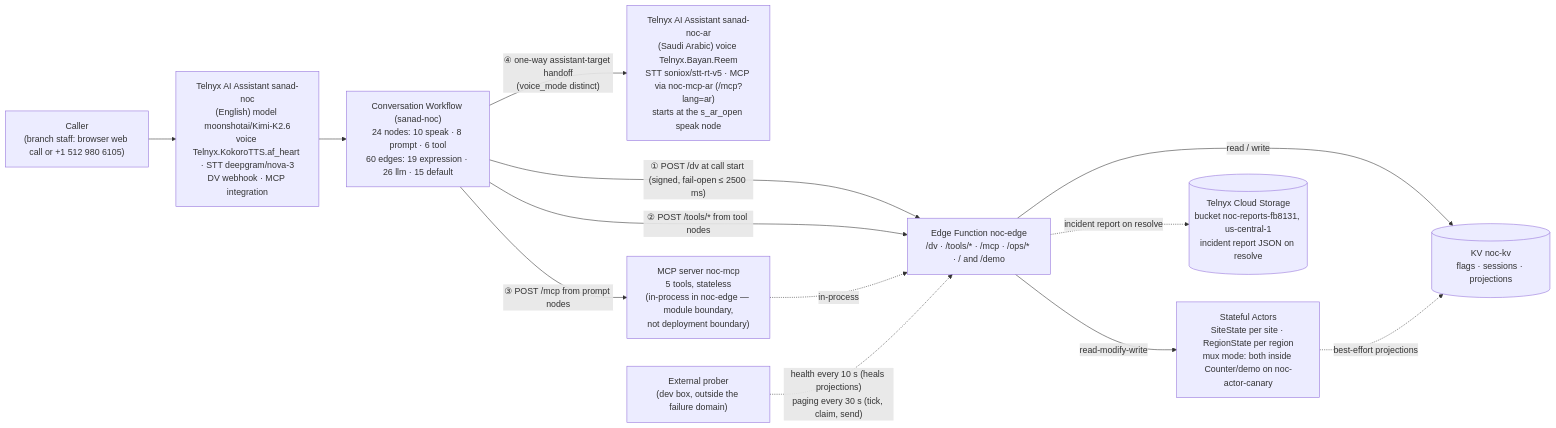
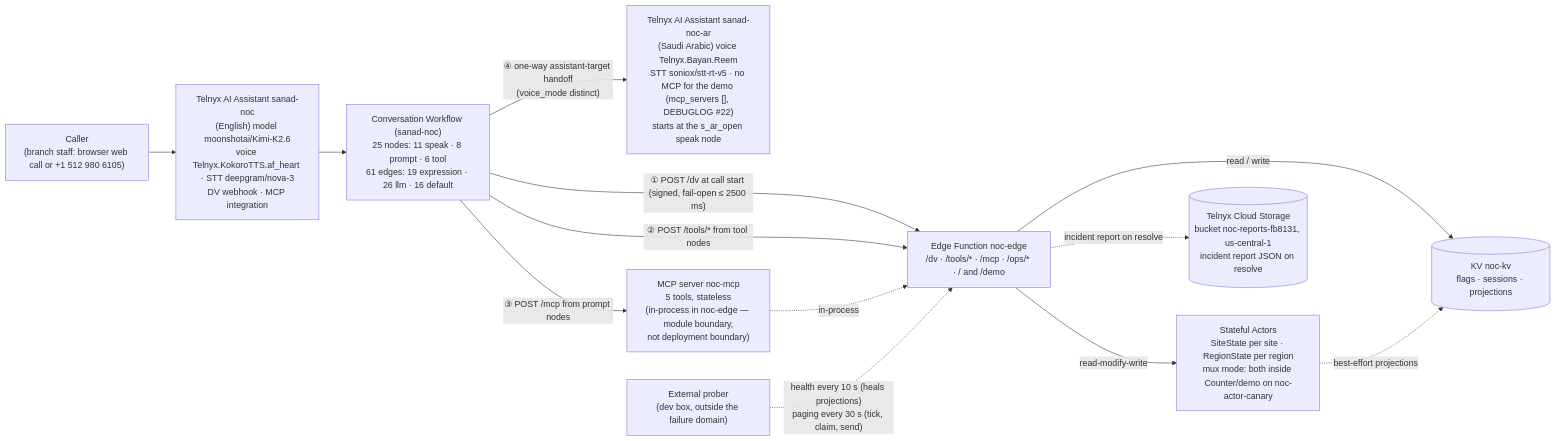
The diagram in docs/architecture.md (ifahad/noc-front-door), drawn with Mermaid before and after one commit. The commit also changed other lines of this file and 6 other files, not shown here.

Commit message:
docs: 2026-10-01 — per-entity revert, Arabic voice path (MCP A/B, bridge, digits resolver, handoff variance), direct Arabic entry

````diff
--- a/docs/architecture.md
+++ b/docs/architecture.md
@@ -7,26 +7,26 @@
 ```mermaid
 flowchart LR
   caller["Caller<br/>(branch staff: browser web call or +1 512 980 6105)"]
   asst["Telnyx AI Assistant sanad-noc<br/>(English) model moonshotai/Kimi-K2.6<br/>voice Telnyx.KokoroTTS.af_heart · STT deepgram/nova-3<br/>DV webhook · MCP integration"]
-  wf["Conversation Workflow (sanad-noc)<br/>24 nodes: 10 speak · 8 prompt · 6 tool<br/>60 edges: 19 expression · 26 llm · 15 default"]
-  ar["Telnyx AI Assistant sanad-noc-ar<br/>(Saudi Arabic) voice Telnyx.Bayan.Reem<br/>STT soniox/stt-rt-v5 · MCP via noc-mcp-ar (/mcp?lang=ar)<br/>starts at the s_ar_open speak node"]
+  wf["Conversation Workflow (sanad-noc)<br/>25 nodes: 11 speak · 8 prompt · 6 tool<br/>61 edges: 19 expression · 26 llm · 16 default"]
+  ar["Telnyx AI Assistant sanad-noc-ar<br/>(Saudi Arabic) voice Telnyx.Bayan.Reem<br/>STT soniox/stt-rt-v5 · no MCP for the demo (mcp_servers [], DEBUGLOG #22)<br/>starts at the s_ar_open speak node"]
   edge["Edge Function noc-edge<br/>/dv · /tools/* · /mcp · /ops/* · / and /demo"]
   mcp["MCP server noc-mcp<br/>5 tools, stateless<br/>(in-process in noc-edge — module boundary,<br/>not deployment boundary)"]
   kv[("KV noc-kv<br/>flags · sessions · projections")]
   actors["Stateful Actors<br/>SiteState per site · RegionState per region<br/>mux mode: both inside Counter/demo on noc-actor-canary"]
   tcs[("Telnyx Cloud Storage<br/>bucket noc-reports-fb8131, us-central-1<br/>incident report JSON on resolve")]
   prober["External prober<br/>(dev box, outside the failure domain)"]
 
   caller --> asst
   asst --> wf
   wf -->|"④ one-way assistant-target handoff<br/>(voice_mode distinct)"| ar
   wf -->|"① POST /dv at call start (signed, fail-open ≤ 2500 ms)"| edge
   wf -->|"② POST /tools/* from tool nodes"| edge
   wf -->|"③ POST /mcp from prompt nodes"| mcp
   mcp -.->|"in-process"| edge
   edge -->|"read / write"| kv
   edge -->|"read-modify-write"| actors
   actors -.->|"best-effort projections"| kv
   edge -.->|"incident report on resolve"| tcs
   prober -.->|"health every 10 s (heals projections)<br/>paging every 30 s (tick, claim, send)"| edge
 ```
````
